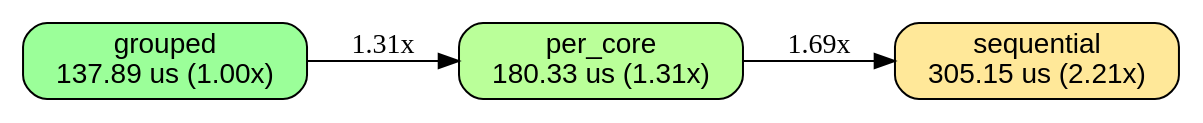
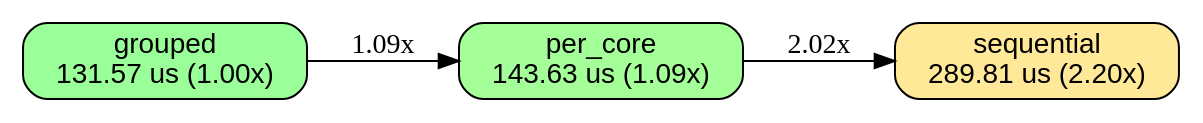
Before and after one commit to orgrinrt/hilavitkutin: the diagram in docs/BENCHES.accumulator_grouped.w4_g1024_n65536.linux-x86_64-c4-container-intel.dot, drawn with Graphviz. The commit also changed 36 other files, not shown here.

```diff
--- a/docs/BENCHES.accumulator_grouped.w4_g1024_n65536.linux-x86_64-c4-container-intel.dot
+++ b/docs/BENCHES.accumulator_grouped.w4_g1024_n65536.linux-x86_64-c4-container-intel.dot
@@ -1,16 +1,16 @@
 // AUTO-GENERATED: DO NOT EDIT DIRECTLY
 //
 // Generated by: mockspace (mock)
-// Generated at: 2026-11-19T21:47:04Z
+// Generated at: 2026-11-19T22:15:46Z
 // Source: mock/
 // To regenerate: cargo mock
 
 digraph "accumulator_grouped/w4_g1024_n65536 on linux-x86_64-c4-container-intel" {
   rankdir=LR;
   node [shape=box, style="rounded,filled", fontname="Helvetica"];
-  v0 [label="grouped\n137.89 us (1.00x)", fillcolor="0.330 0.4 1.0"];
-  v1 [label="per_core\n180.33 us (1.31x)", fillcolor="0.279 0.4 1.0"];
-  v2 [label="sequential\n305.15 us (2.21x)", fillcolor="0.130 0.4 1.0"];
-  v0 -> v1 [label="1.31x"];
-  v1 -> v2 [label="1.69x"];
+  v0 [label="grouped\n131.57 us (1.00x)", fillcolor="0.330 0.4 1.0"];
+  v1 [label="per_core\n143.63 us (1.09x)", fillcolor="0.315 0.4 1.0"];
+  v2 [label="sequential\n289.81 us (2.20x)", fillcolor="0.132 0.4 1.0"];
+  v0 -> v1 [label="1.09x"];
+  v1 -> v2 [label="2.02x"];
 }
```
